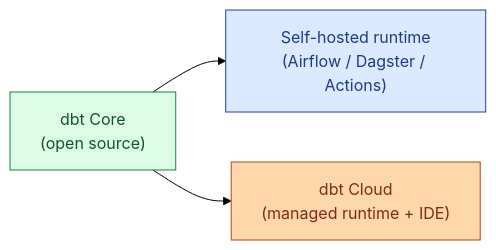
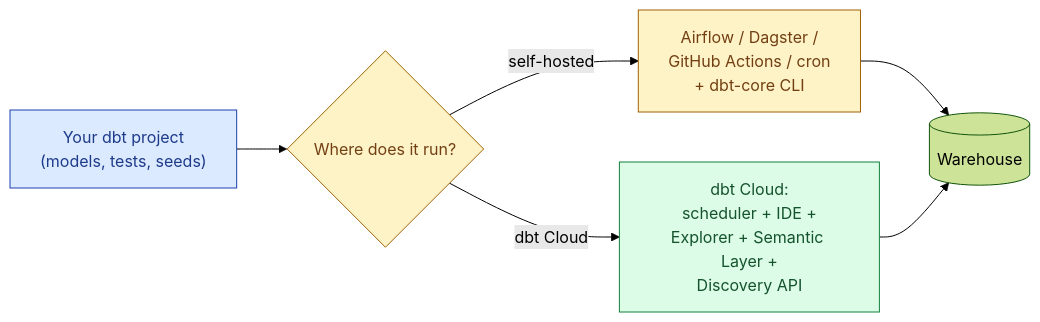
The first of 3 diagrams in _de_concepts/076-dbt-cloud-vs-self-hosted.md (shiningflash/shiningflash.github.io), drawn with Mermaid (forest theme) before and after one commit. The commit also changed other lines of this file and 69 other files, not shown here.

````diff
--- a/_de_concepts/076-dbt-cloud-vs-self-hosted.md
+++ b/_de_concepts/076-dbt-cloud-vs-self-hosted.md
@@ -20,10 +14,16 @@
 ```mermaid
 flowchart LR
-    Core["dbt Core<br/>(open source)"]:::g
-    Core --> Self["Self-hosted runtime<br/>(Airflow / Dagster / Actions)"]:::r
-    Core --> Cloud["dbt Cloud<br/>(managed runtime + IDE)"]:::c
+    Code["Your dbt project<br/>(models, tests, seeds)"]:::a
+    Code --> Path{"Where does it run?"}:::dec
 
+    Path -->|"self-hosted"| Self["Airflow / Dagster /<br/>GitHub Actions / cron<br/>+ dbt-core CLI"]:::y
+    Path -->|"dbt Cloud"| Cloud["dbt Cloud:<br/>scheduler + IDE +<br/>Explorer + Semantic Layer +<br/>Discovery API"]:::g
+
+    Self --> WH[("Warehouse")]
+    Cloud --> WH
+
+    classDef a fill:#dbeafe,stroke:#1e40af,color:#1e3a8a
+    classDef dec fill:#fef3c7,stroke:#a16207,color:#713f12
+    classDef y fill:#fef3c7,stroke:#a16207,color:#713f12
     classDef g fill:#dcfce7,stroke:#15803d,color:#14532d
-    classDef r fill:#dbeafe,stroke:#1e40af,color:#1e3a8a
-    classDef c fill:#fed7aa,stroke:#c2410c,color:#7c2d12
 ```
````
